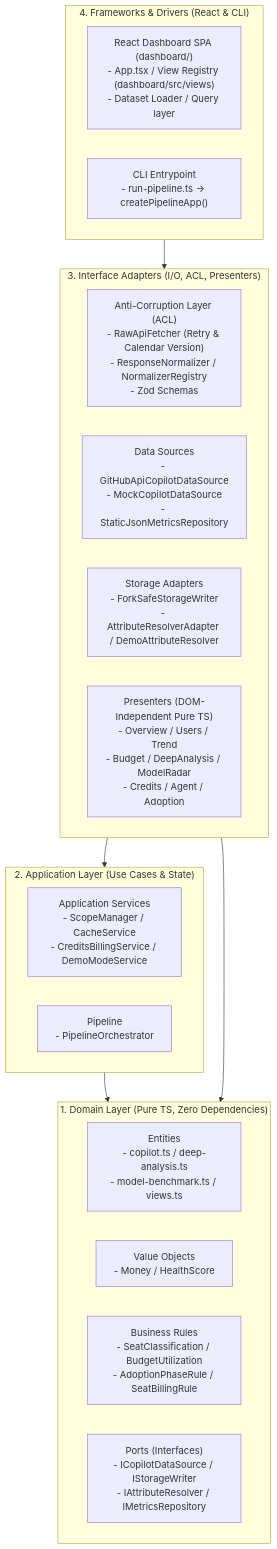
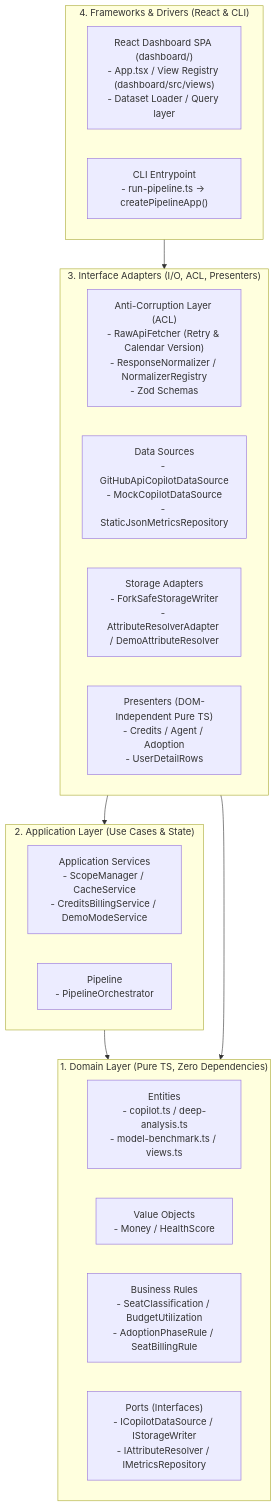
One commit to sun-flat-yamada/github-copilot-dashboard changed the second of 2 diagrams in docs/specifications/02_system_architecture.md. Above: the diagram before and after it, drawn with Mermaid. The commit also changed other lines of this file and 3 other files, not shown here.

````diff
--- a/docs/specifications/02_system_architecture.md
+++ b/docs/specifications/02_system_architecture.md
@@ -162,31 +162,31 @@
 ```mermaid
 flowchart TD
     subgraph Domain["1. Domain Layer (Pure TS, Zero Dependencies)"]
         Entities["Entities\n- copilot.ts / deep-analysis.ts\n- model-benchmark.ts / views.ts"]
         VO["Value Objects\n- Money / HealthScore"]
         Rules["Business Rules\n- SeatClassification / BudgetUtilization\n- AdoptionPhaseRule / SeatBillingRule"]
         Ports["Ports (Interfaces)\n- ICopilotDataSource / IStorageWriter\n- IAttributeResolver / IMetricsRepository"]
     end
 
     subgraph Application["2. Application Layer (Use Cases & State)"]
         Services["Application Services\n- ScopeManager / CacheService\n- CreditsBillingService / DemoModeService"]
         Pipeline["Pipeline\n- PipelineOrchestrator"]
     end
 
     subgraph Adapters["3. Interface Adapters (I/O, ACL, Presenters)"]
         ACL["Anti-Corruption Layer (ACL)\n- RawApiFetcher (Retry & Calendar Version)\n- ResponseNormalizer / NormalizerRegistry\n- Zod Schemas"]
         DataSources["Data Sources\n- GitHubApiCopilotDataSource\n- MockCopilotDataSource\n- StaticJsonMetricsRepository"]
         StorageAdapters["Storage Adapters\n- ForkSafeStorageWriter\n- AttributeResolverAdapter / DemoAttributeResolver"]
-        Presenters["Presenters (DOM-Independent Pure TS)\n- Overview / Users / Trend\n- Budget / DeepAnalysis / ModelRadar\n- Credits / Agent / Adoption"]
+        Presenters["Presenters (DOM-Independent Pure TS)\n- Credits / Agent / Adoption\n- UserDetailRows"]
     end
 
     subgraph Frameworks["4. Frameworks & Drivers (React & CLI)"]
         ReactUI["React Dashboard SPA (dashboard/)\n- App.tsx / View Registry (dashboard/src/views)\n- Dataset Loader / Query layer"]
         CLI["CLI Entrypoint\n- run-pipeline.ts -> createPipelineApp()"]
     end
 
     Frameworks --> Adapters
     Adapters --> Application
     Application --> Domain
     Adapters --> Domain
 ```
````
